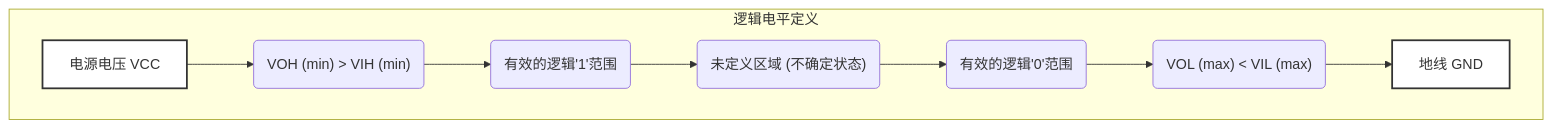
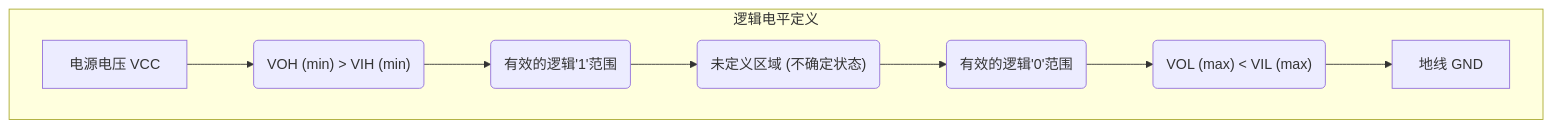
Before and after one commit to teatang/t-blog: the diagram in source/_posts/2024/2024-05-14_电平详解.md, drawn with Mermaid. The commit also changed 24 other files, not shown here.

```diff
--- a/source/_posts/2024/2024-05-14_电平详解.md
+++ b/source/_posts/2024/2024-05-14_电平详解.md
@@ -60,13 +60,11 @@
 {% mermaid %}
 graph TD
     subgraph 逻辑电平定义
         A[电源电压 VCC] --> B("VOH (min) > VIH (min)")
         B --> C(有效的逻辑'1'范围)
         C --> D("未定义区域 (不确定状态)")
         D --> E(有效的逻辑'0'范围)
         E --> F("VOL (max) < VIL (max)")
         F --> G[地线 GND]
     end
-    style A fill:#fff,stroke:#333,stroke-width:2px
-    style G fill:#fff,stroke:#333,stroke-width:2px
 {% endmermaid %}
```
